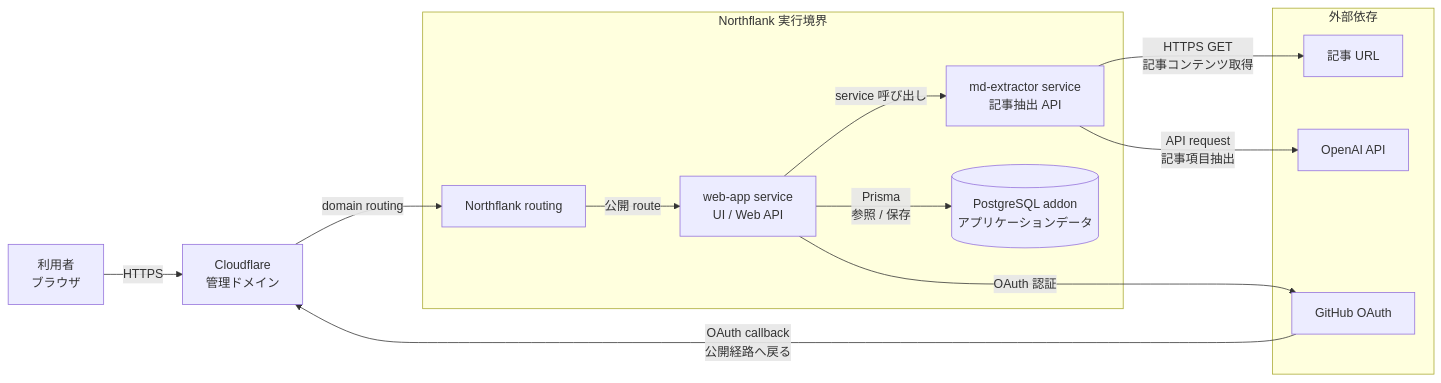
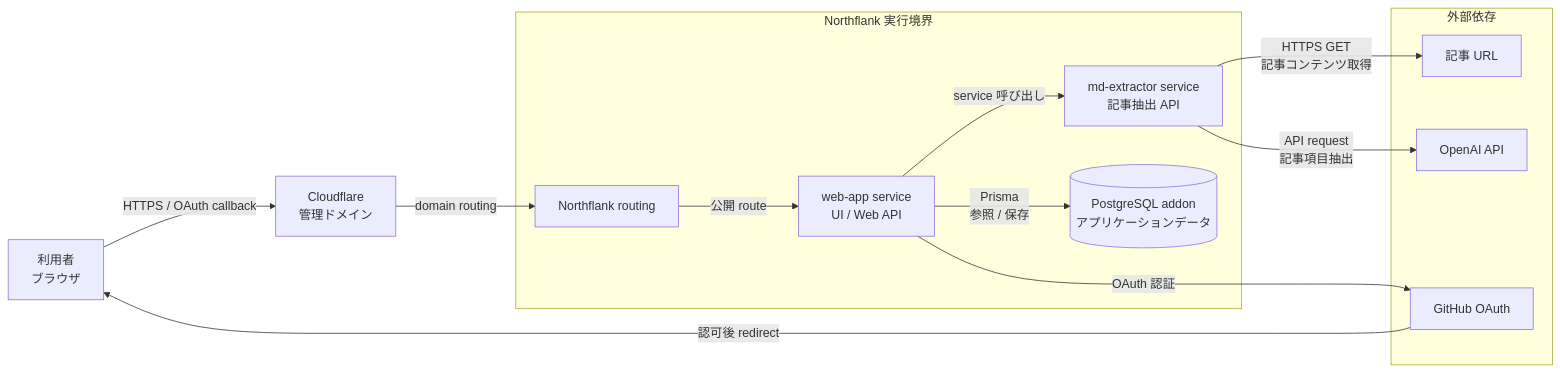
One commit to 2-yudetama/article-freezer changed the first of 2 diagrams in docs/architecture/infrastructure-overview.md. Above: the diagram before and after it, drawn with Mermaid. The commit also changed other lines of this file and 1 other file, not shown here.

First line of the commit message:
📝 構成図のレビュー指摘を反映 (#72)

````diff
--- a/docs/architecture/infrastructure-overview.md
+++ b/docs/architecture/infrastructure-overview.md
@@ -13,29 +13,29 @@
 ```mermaid
 flowchart LR
     User["利用者<br/>ブラウザ"]
     Cloudflare["Cloudflare<br/>管理ドメイン"]
 
     subgraph Northflank["Northflank 実行境界"]
         Routing["Northflank routing"]
         WebApp["web-app service<br/>UI / Web API"]
         MdExtractor["md-extractor service<br/>記事抽出 API"]
         PostgreSQL[("PostgreSQL addon<br/>アプリケーションデータ")]
 
         Routing -->|"公開 route"| WebApp
         WebApp -->|"service 呼び出し"| MdExtractor
         WebApp -->|"Prisma<br/>参照 / 保存"| PostgreSQL
     end
 
     subgraph External["外部依存"]
         GitHub["GitHub OAuth"]
         ArticleUrl["記事 URL"]
         OpenAI["OpenAI API"]
     end
 
-    User -->|"HTTPS"| Cloudflare
+    User -->|"HTTPS / OAuth callback"| Cloudflare
     Cloudflare -->|"domain routing"| Routing
     WebApp -->|"OAuth 認証"| GitHub
-    GitHub -->|"OAuth callback<br/>公開経路へ戻る"| Cloudflare
+    GitHub -->|"認可後 redirect"| User
     MdExtractor -->|"HTTPS GET<br/>記事コンテンツ取得"| ArticleUrl
     MdExtractor -->|"API request<br/>記事項目抽出"| OpenAI
 ```
````
